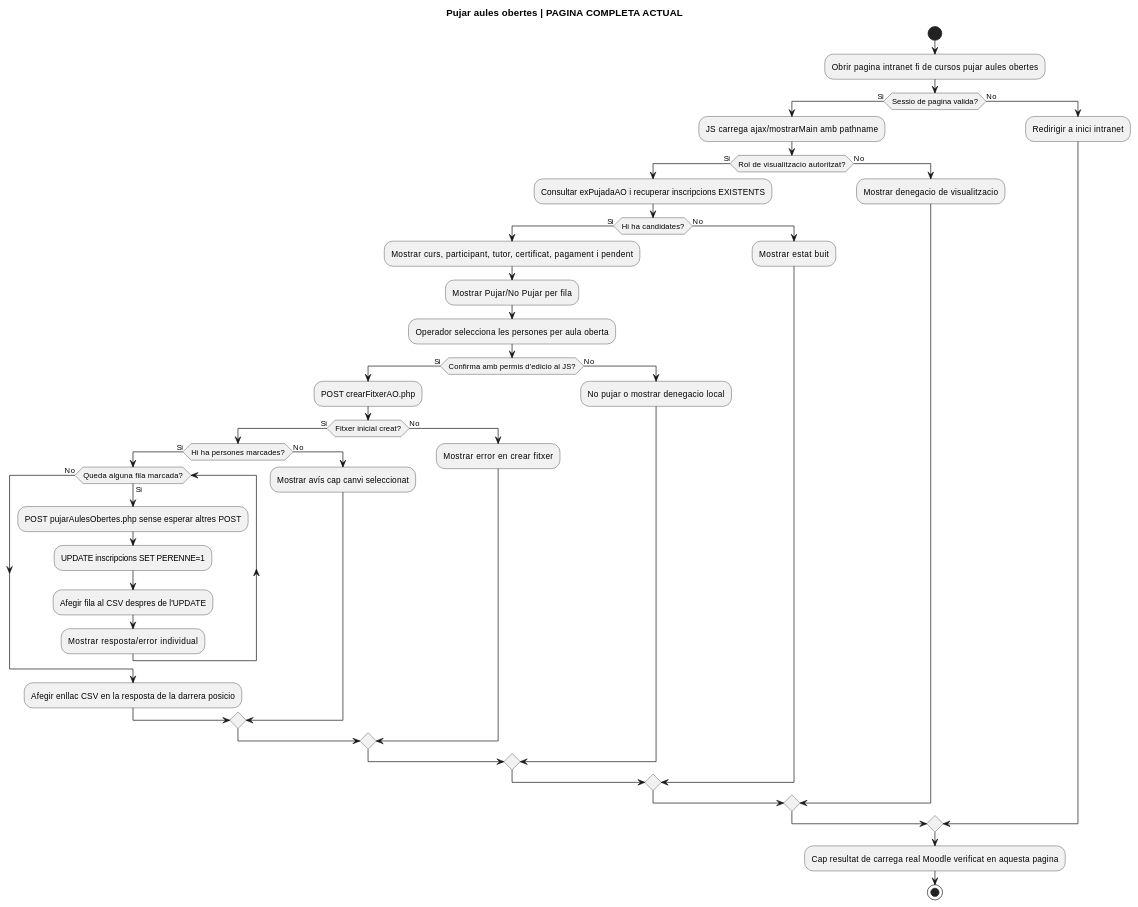
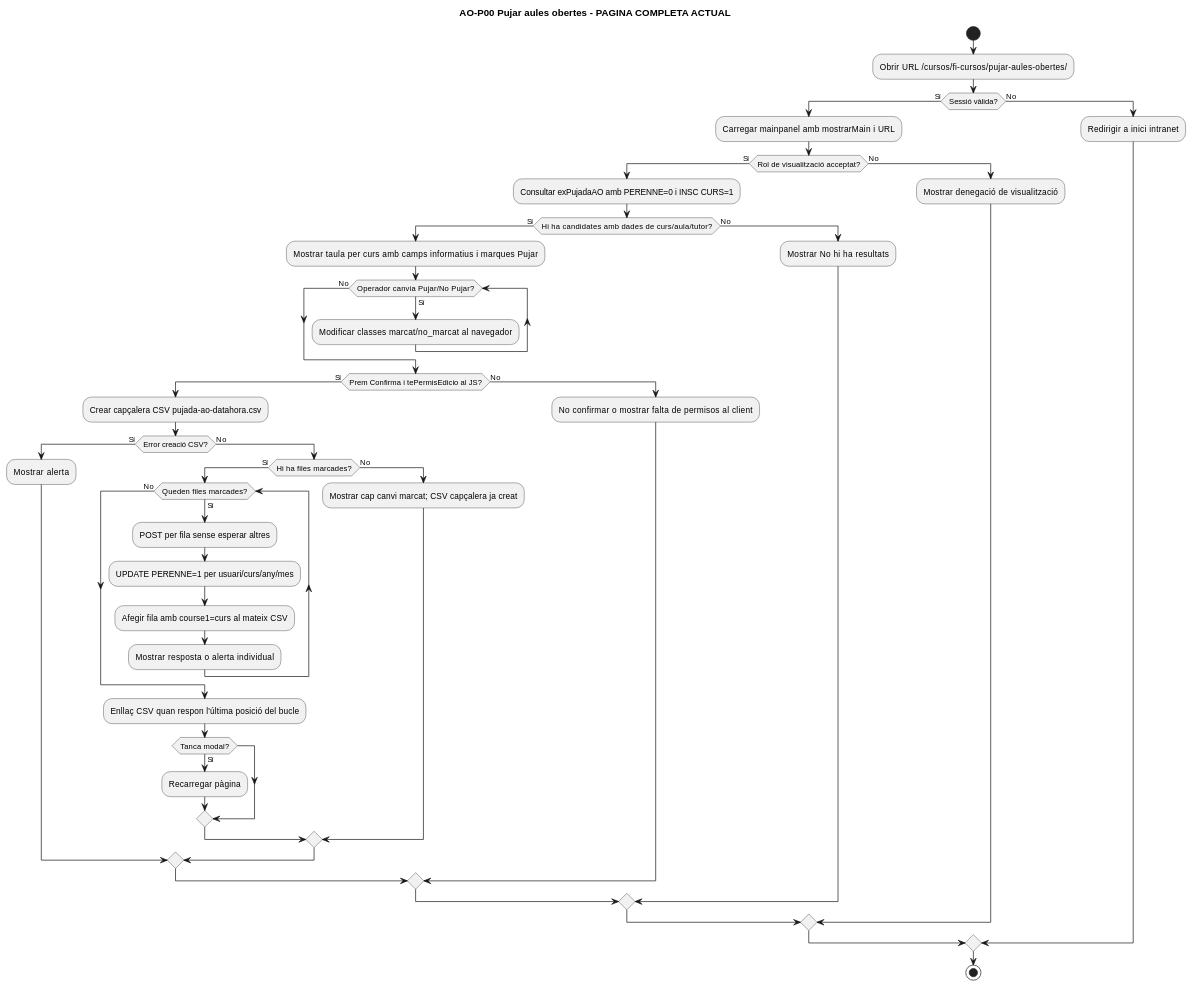
One commit to orgmeriemprismacat-del/verifactu changed the first of 20 diagrams in documentacio/07-uml-integrat/uc-moodle-aules-obertes-fitxa-activitats.md. Above: the diagram before and after it, drawn with PlantUML. The commit also changed other lines of this file, not shown here.

Commit message:
docs: complete exact open-class URL with full functional UML, 16 actual/final page and section activity diagrams

````diff
--- a/documentacio/07-uml-integrat/uc-moodle-aules-obertes-fitxa-activitats.md
+++ b/documentacio/07-uml-integrat/uc-moodle-aules-obertes-fitxa-activitats.md
@@ -35,46 +26,49 @@
 ```plantuml
 @startuml
-title Pujar aules obertes | PAGINA COMPLETA ACTUAL
+title AO-P00 Pujar aules obertes - PAGINA COMPLETA ACTUAL
 start
-:Obrir pagina intranet fi de cursos pujar aules obertes;
-if (Sessio de pagina valida?) then (Si)
-  :JS carrega ajax/mostrarMain amb pathname;
-  if (Rol de visualitzacio autoritzat?) then (Si)
-    :Consultar exPujadaAO i recuperar inscripcions EXISTENTS;
-    if (Hi ha candidates?) then (Si)
-      :Mostrar curs, participant, tutor, certificat, pagament i pendent;
-      :Mostrar Pujar/No Pujar per fila;
-      :Operador selecciona les persones per aula oberta;
-      if (Confirma amb permis d'edicio al JS?) then (Si)
-        :POST crearFitxerAO.php;
-        if (Fitxer inicial creat?) then (Si)
-          if (Hi ha persones marcades?) then (Si)
-            while (Queda alguna fila marcada?) is (Si)
-              :POST pujarAulesObertes.php sense esperar altres POST;
-              :UPDATE inscripcions SET PERENNE=1;
-              :Afegir fila al CSV despres de l'UPDATE;
-              :Mostrar resposta/error individual;
-            endwhile (No)
-            :Afegir enllac CSV en la resposta de la darrera posicio;
-          else (No)
-            :Mostrar avís cap canvi seleccionat;
-          endif
-        else (No)
-          :Mostrar error en crear fitxer;
-        endif
-      else (No)
-        :No pujar o mostrar denegacio local;
+:Obrir URL /cursos/fi-cursos/pujar-aules-obertes/;
+if (Sessió vàlida?) then (Sí)
+ :Carregar mainpanel amb mostrarMain i URL;
+ if (Rol de visualització acceptat?) then (Sí)
+  :Consultar exPujadaAO amb PERENNE=0 i INSC CURS=1;
+  if (Hi ha candidates amb dades de curs/aula/tutor?) then (Sí)
+   :Mostrar taula per curs amb camps informatius i marques Pujar;
+   while (Operador canvia Pujar/No Pujar?) is (Sí)
+    :Modificar classes marcat/no_marcat al navegador;
+   endwhile (No)
+   if (Prem Confirma i tePermisEdicio al JS?) then (Sí)
+    :Crear capçalera CSV pujada-ao-datahora.csv;
+    if (Error creació CSV?) then (Sí)
+     :Mostrar alerta;
+    else (No)
+     if (Hi ha files marcades?) then (Sí)
+      while (Queden files marcades?) is (Sí)
+       :POST per fila sense esperar altres;
+       :UPDATE PERENNE=1 per usuari/curs/any/mes;
+       :Afegir fila amb course1=curs al mateix CSV;
+       :Mostrar resposta o alerta individual;
+      endwhile (No)
+      :Enllaç CSV quan respon l'última posició del bucle;
+      if (Tanca modal?) then (Sí)
+       :Recarregar pàgina;
       endif
-    else (No)
-      :Mostrar estat buit;
+     else (No)
+      :Mostrar cap canvi marcat; CSV capçalera ja creat;
+     endif
     endif
+   else (No)
+    :No confirmar o mostrar falta de permisos al client;
+   endif
   else (No)
-    :Mostrar denegacio de visualitzacio;
+   :Mostrar No hi ha resultats;
   endif
+ else (No)
+  :Mostrar denegació de visualització;
+ endif
 else (No)
-  :Redirigir a inici intranet;
+ :Redirigir a inici intranet;
 endif
-:Cap resultat de carrega real Moodle verificat en aquesta pagina;
 stop
 @enduml
 ```
````
